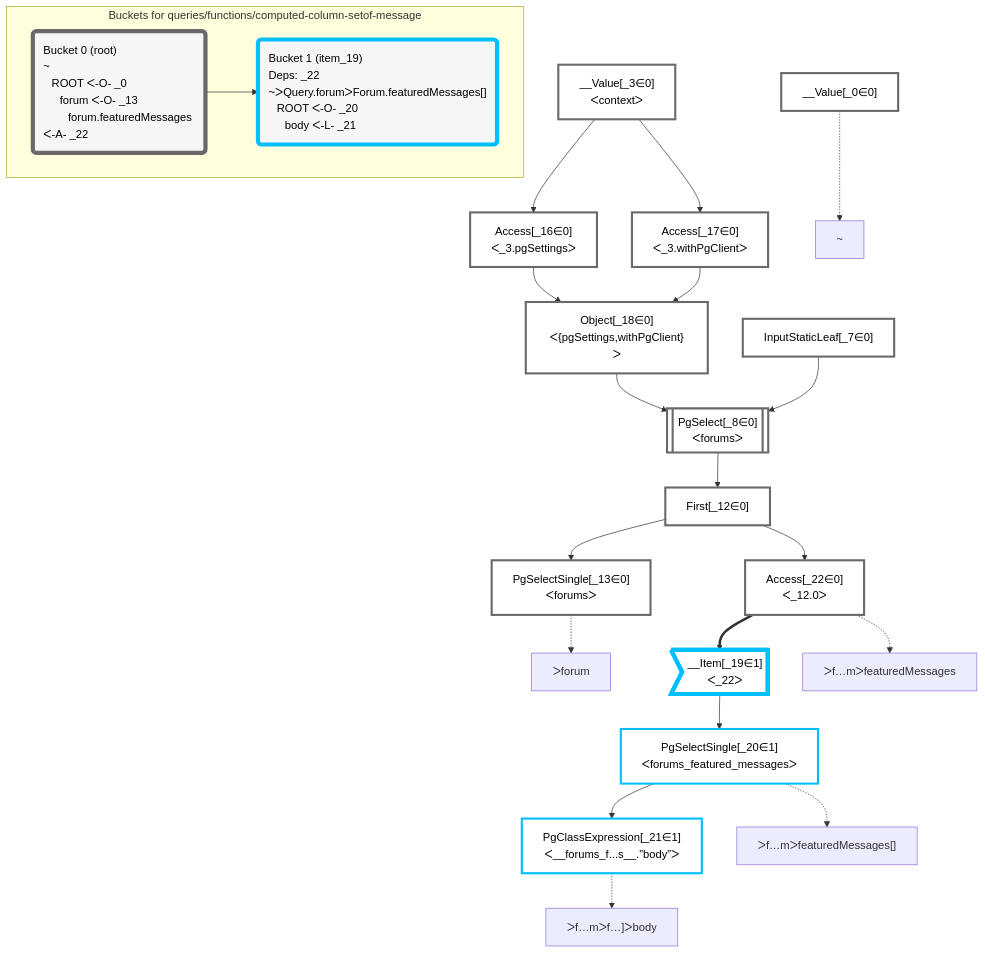
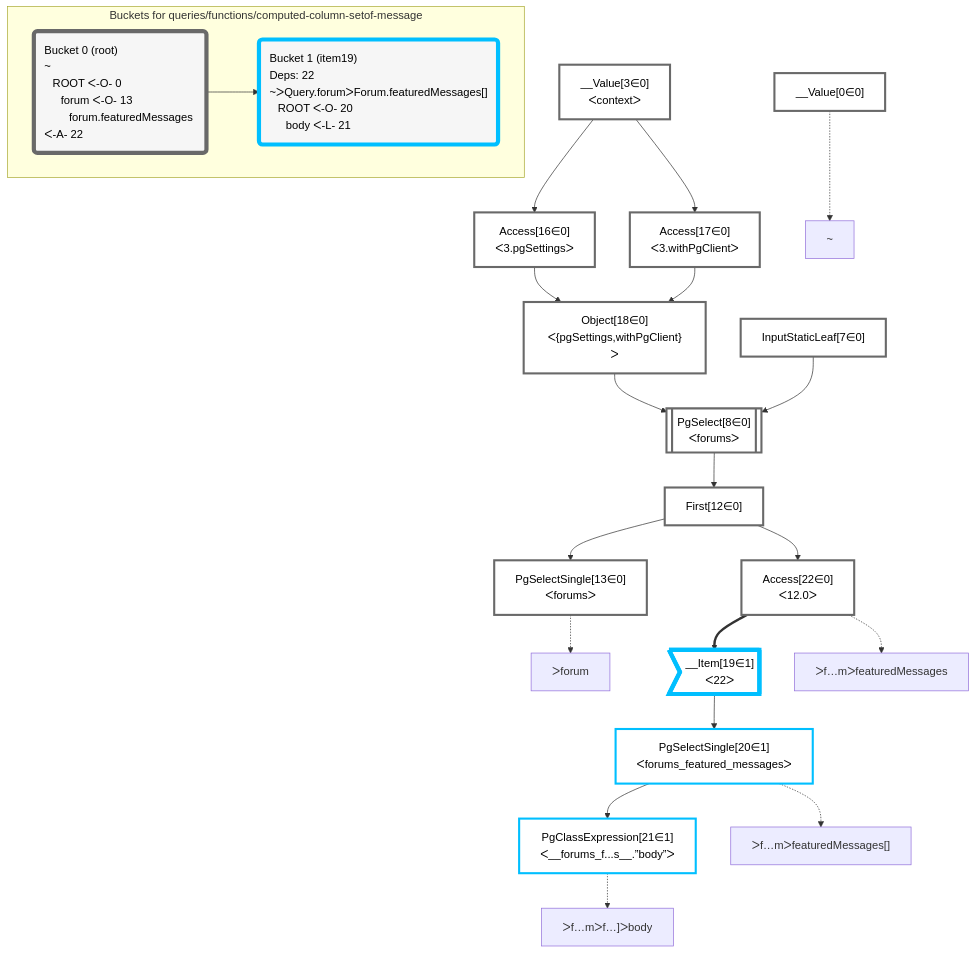
One commit to graphile/crystal changed the diagram in packages/dataplan-pg/__tests__/queries/functions/computed-column-setof-message.mermaid.md. Above: the diagram before and after it, drawn with Mermaid. The commit also changed 195 other files, not shown here.

````diff
--- a/packages/dataplan-pg/__tests__/queries/functions/computed-column-setof-message.mermaid.md
+++ b/packages/dataplan-pg/__tests__/queries/functions/computed-column-setof-message.mermaid.md
@@ -1,58 +1,58 @@
 ```mermaid
 graph TD
     classDef path fill:#eee,stroke:#000,color:#000
     classDef plan fill:#fff,stroke-width:3px,color:#000
     classDef itemplan fill:#fff,stroke-width:6px,color:#000
     classDef sideeffectplan fill:#f00,stroke-width:6px,color:#000
     classDef bucket fill:#f6f6f6,color:#000,stroke-width:6px,text-align:left
 
 
     %% define plans
-    __Value_0["__Value[_0∈0]"]:::plan
-    PgSelectSingle_13["PgSelectSingle[_13∈0]<br />ᐸforumsᐳ"]:::plan
-    PgClassExpression_21["PgClassExpression[_21∈1]<br />ᐸ__forums_f...s__.”body”ᐳ"]:::plan
-    PgSelectSingle_20["PgSelectSingle[_20∈1]<br />ᐸforums_featured_messagesᐳ"]:::plan
-    __Item_19>"__Item[_19∈1]<br />ᐸ_22ᐳ"]:::itemplan
-    Access_22["Access[_22∈0]<br />ᐸ_12.0ᐳ"]:::plan
-    First_12["First[_12∈0]"]:::plan
-    PgSelect_8[["PgSelect[_8∈0]<br />ᐸforumsᐳ"]]:::plan
-    Object_18["Object[_18∈0]<br />ᐸ{pgSettings,withPgClient}ᐳ"]:::plan
-    Access_16["Access[_16∈0]<br />ᐸ_3.pgSettingsᐳ"]:::plan
-    Access_17["Access[_17∈0]<br />ᐸ_3.withPgClientᐳ"]:::plan
-    __Value_3["__Value[_3∈0]<br />ᐸcontextᐳ"]:::plan
-    InputStaticLeaf_7["InputStaticLeaf[_7∈0]"]:::plan
+    __Value0["__Value[0∈0]"]:::plan
+    PgSelectSingle13["PgSelectSingle[13∈0]<br />ᐸforumsᐳ"]:::plan
+    PgClassExpression21["PgClassExpression[21∈1]<br />ᐸ__forums_f...s__.”body”ᐳ"]:::plan
+    PgSelectSingle20["PgSelectSingle[20∈1]<br />ᐸforums_featured_messagesᐳ"]:::plan
+    __Item19>"__Item[19∈1]<br />ᐸ22ᐳ"]:::itemplan
+    Access22["Access[22∈0]<br />ᐸ12.0ᐳ"]:::plan
+    First12["First[12∈0]"]:::plan
+    PgSelect8[["PgSelect[8∈0]<br />ᐸforumsᐳ"]]:::plan
+    Object18["Object[18∈0]<br />ᐸ{pgSettings,withPgClient}ᐳ"]:::plan
+    Access16["Access[16∈0]<br />ᐸ3.pgSettingsᐳ"]:::plan
+    Access17["Access[17∈0]<br />ᐸ3.withPgClientᐳ"]:::plan
+    __Value3["__Value[3∈0]<br />ᐸcontextᐳ"]:::plan
+    InputStaticLeaf7["InputStaticLeaf[7∈0]"]:::plan
 
     %% plan dependencies
-    First_12 --> PgSelectSingle_13
-    PgSelectSingle_20 --> PgClassExpression_21
-    __Item_19 --> PgSelectSingle_20
-    Access_22 ==> __Item_19
-    First_12 --> Access_22
-    PgSelect_8 --> First_12
-    Object_18 & InputStaticLeaf_7 --> PgSelect_8
-    Access_16 & Access_17 --> Object_18
-    __Value_3 --> Access_16
-    __Value_3 --> Access_17
+    First12 --> PgSelectSingle13
+    PgSelectSingle20 --> PgClassExpression21
+    __Item19 --> PgSelectSingle20
+    Access22 ==> __Item19
+    First12 --> Access22
+    PgSelect8 --> First12
+    Object18 & InputStaticLeaf7 --> PgSelect8
+    Access16 & Access17 --> Object18
+    __Value3 --> Access16
+    __Value3 --> Access17
 
     %% plan-to-path relationships
-    P_0["~"]
-    __Value_0 -.-> P_0
-    P_13["ᐳforum"]
-    PgSelectSingle_13 -.-> P_13
-    P_20["ᐳf…mᐳfeaturedMessages[]"]
-    PgSelectSingle_20 -.-> P_20
-    P_21["ᐳf…mᐳf…]ᐳbody"]
-    PgClassExpression_21 -.-> P_21
-    P_22["ᐳf…mᐳfeaturedMessages"]
-    Access_22 -.-> P_22
+    P0["~"]
+    __Value0 -.-> P0
+    P13["ᐳforum"]
+    PgSelectSingle13 -.-> P13
+    P20["ᐳf…mᐳfeaturedMessages[]"]
+    PgSelectSingle20 -.-> P20
+    P21["ᐳf…mᐳf…]ᐳbody"]
+    PgClassExpression21 -.-> P21
+    P22["ᐳf…mᐳfeaturedMessages"]
+    Access22 -.-> P22
 
     subgraph "Buckets for queries/functions/computed-column-setof-message"
-    Bucket0("Bucket 0 (root)<br />~<br />⠀ROOT ᐸ-O- _0<br />⠀⠀forum ᐸ-O- _13<br />⠀⠀⠀forum.featuredMessages ᐸ-A- _22"):::bucket
+    Bucket0("Bucket 0 (root)<br />~<br />⠀ROOT ᐸ-O- 0<br />⠀⠀forum ᐸ-O- 13<br />⠀⠀⠀forum.featuredMessages ᐸ-A- 22"):::bucket
     classDef bucket0 stroke:#696969
-    class Bucket0,__Value_0,__Value_3,InputStaticLeaf_7,PgSelect_8,First_12,PgSelectSingle_13,Access_16,Access_17,Object_18,Access_22 bucket0
-    Bucket1("Bucket 1 (item_19)<br />Deps: _22<br />~ᐳQuery.forumᐳForum.featuredMessages[]<br />⠀ROOT ᐸ-O- _20<br />⠀⠀body ᐸ-L- _21"):::bucket
+    class Bucket0,__Value0,__Value3,InputStaticLeaf7,PgSelect8,First12,PgSelectSingle13,Access16,Access17,Object18,Access22 bucket0
+    Bucket1("Bucket 1 (item19)<br />Deps: 22<br />~ᐳQuery.forumᐳForum.featuredMessages[]<br />⠀ROOT ᐸ-O- 20<br />⠀⠀body ᐸ-L- 21"):::bucket
     classDef bucket1 stroke:#00bfff
-    class Bucket1,__Item_19,PgSelectSingle_20,PgClassExpression_21 bucket1
+    class Bucket1,__Item19,PgSelectSingle20,PgClassExpression21 bucket1
     Bucket0 --> Bucket1
     end
 ```
````
